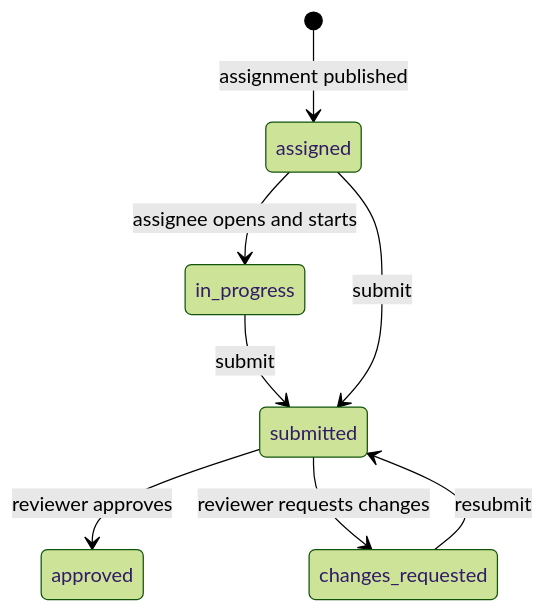
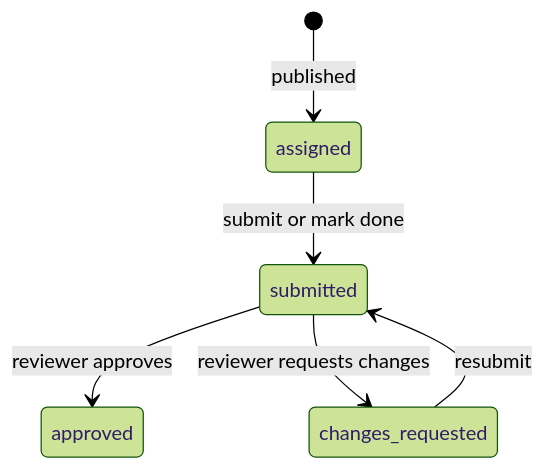
One commit to UCSB-CSSA-dev/canvas changed the second of 2 diagrams in doc/features/assignments.md. Above: the diagram before and after it, drawn with Mermaid (forest theme). The commit also changed other lines of this file and 77 other files, not shown here.

````diff
--- a/doc/features/assignments.md
+++ b/doc/features/assignments.md
@@ -33,10 +57,8 @@
 ```mermaid
 stateDiagram-v2
-  [*] --> assigned: assignment published
-  assigned --> in_progress: assignee opens and starts
-  in_progress --> submitted: submit
-  assigned --> submitted: submit
+  [*] --> assigned: published
+  assigned --> submitted: submit or mark done
   submitted --> approved: reviewer approves
   submitted --> changes_requested: reviewer requests changes
   changes_requested --> submitted: resubmit
 ```
````
